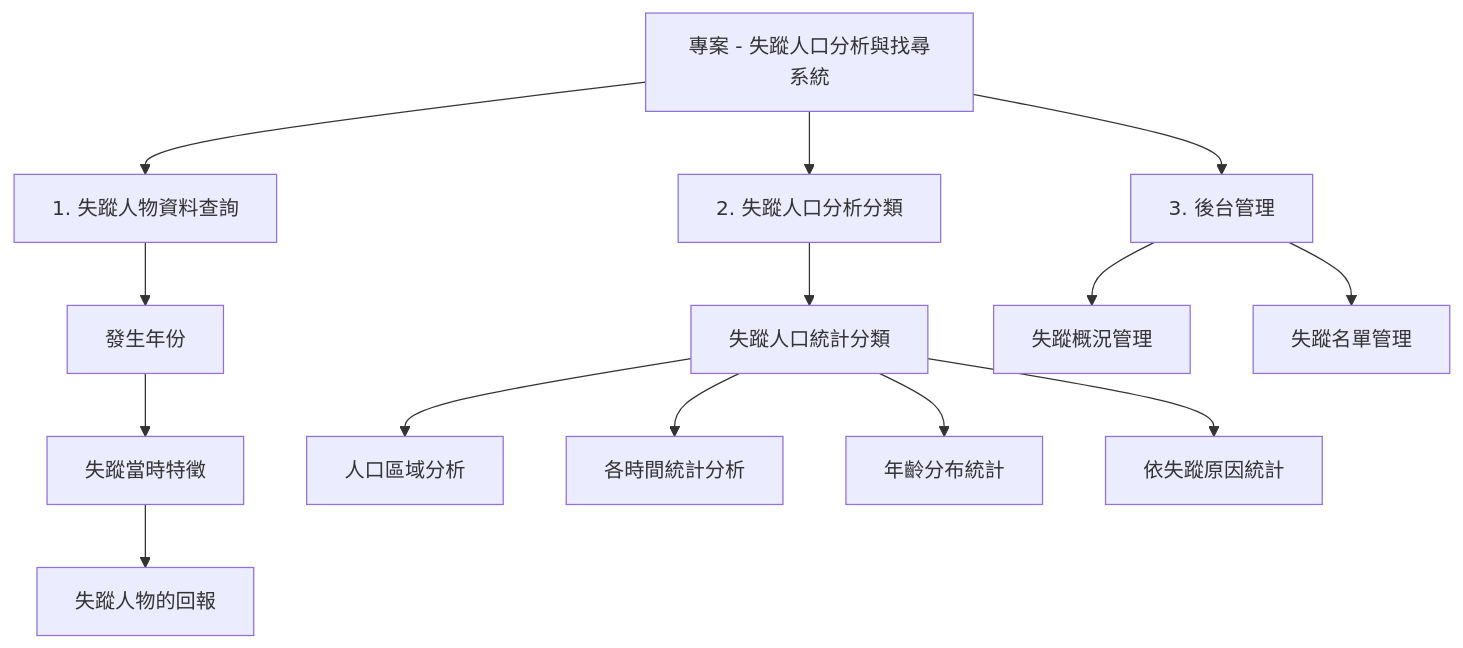
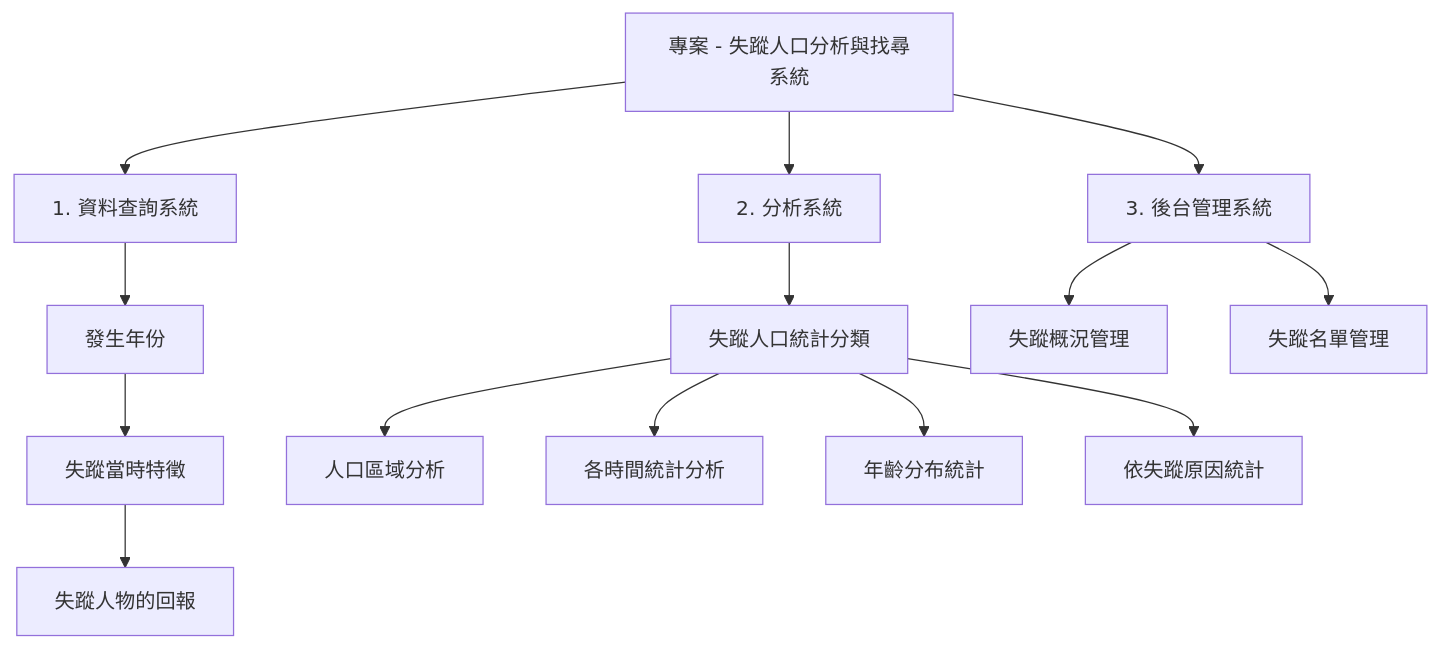
The second of 2 diagrams in README.md (pei0929/111-1-system-analysis-09), drawn with Mermaid before and after one commit. The commit also changed other lines of this file, not shown here.

Commit message:
更改使用案例圖

````diff
--- a/README.md
+++ b/README.md
@@ -97,27 +97,27 @@
 ```mermaid
 flowchart TB;
 
 main[專案 - 失蹤人口分析與找尋系統]
-a1[1. 失蹤人物資料查詢]
+a1[1. 資料查詢系統]
     a1-->a1-1[發生年份]
     a1-1-->a1-2[失蹤當時特徵]
     a1-2-->a1-3[失蹤人物的回報]
 
-a2[2. 失蹤人口分析分類]
+a2[2. 分析系統]
 a2-->a2-1[失蹤人口統計分類]
 
     a2-1-->a2-2[人口區域分析]
     a2-1-->a2-3[各時間統計分析]
     a2-1-->a2-4[年齡分布統計]
     a2-1-->a2-5[依失蹤原因統計]
 
-    a3[3. 後台管理]
+    a3[3. 後台管理系統]
     a3-->a3-0[失蹤概況管理]
     a3-->a3-1[失蹤名單管理]
 
 main-->a1;
 main-->a2;
 main-->a3;
 
 
 ```
````
